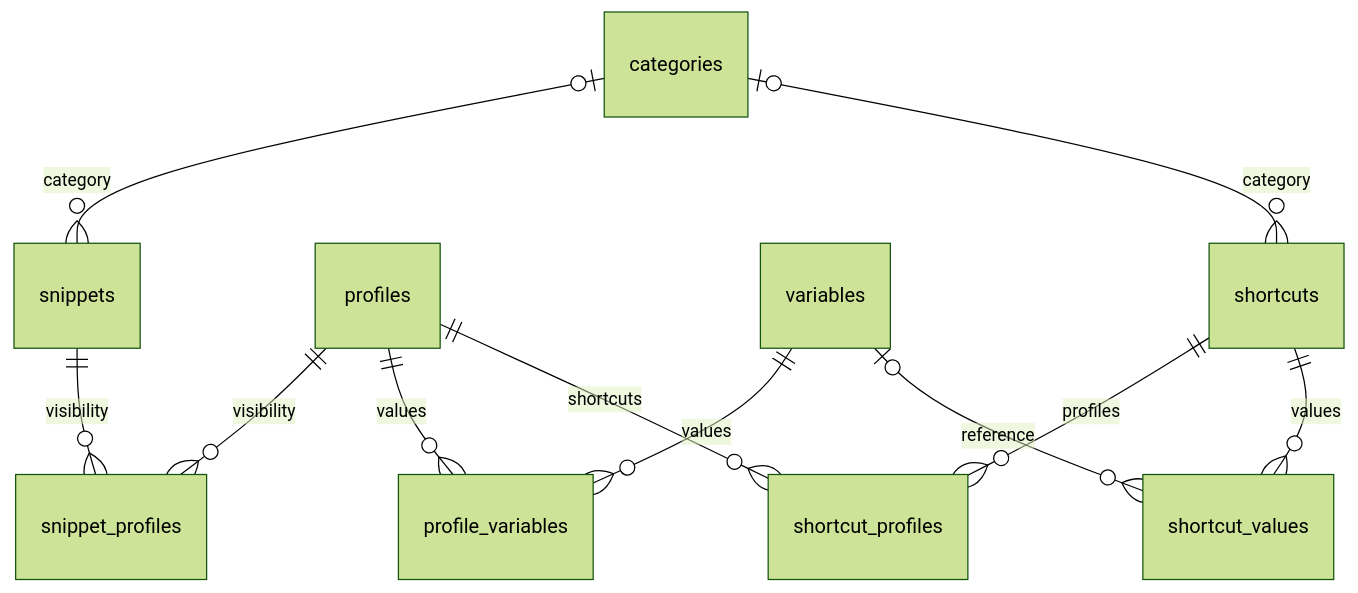
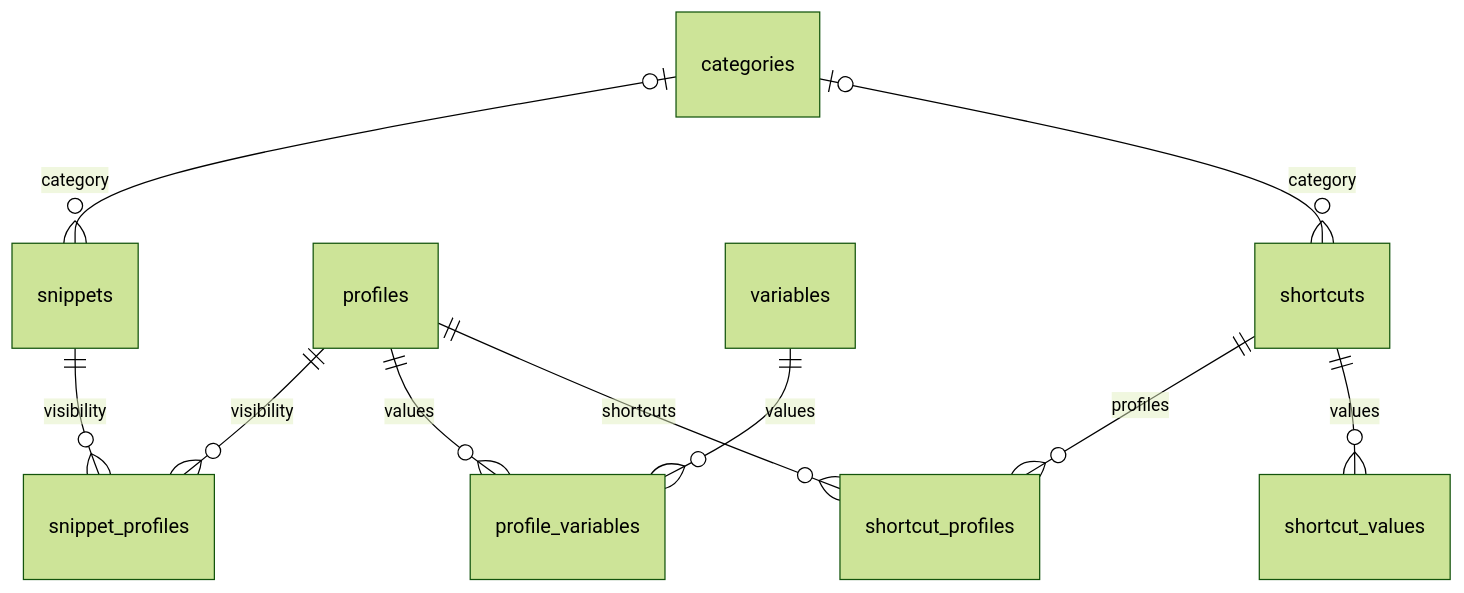
The fifth of 5 diagrams in docs/機能仕様書.md (sikakou54/cliptap), drawn with Mermaid (forest theme) before and after one commit. The commit also changed other lines of this file and 67 other files, not shown here.

````diff
--- a/docs/機能仕様書.md
+++ b/docs/機能仕様書.md
@@ -1564,13 +1561,12 @@
 ```mermaid
 erDiagram
     categories o|--o{ snippets : category
     snippets ||--o{ snippet_profiles : visibility
     profiles ||--o{ snippet_profiles : visibility
     profiles ||--o{ profile_variables : values
     variables ||--o{ profile_variables : values
     profiles ||--o{ shortcut_profiles : shortcuts
     shortcuts ||--o{ shortcut_profiles : profiles
     categories o|--o{ shortcuts : category
     shortcuts ||--o{ shortcut_values : values
-    variables o|--o{ shortcut_values : reference
 ```
````
